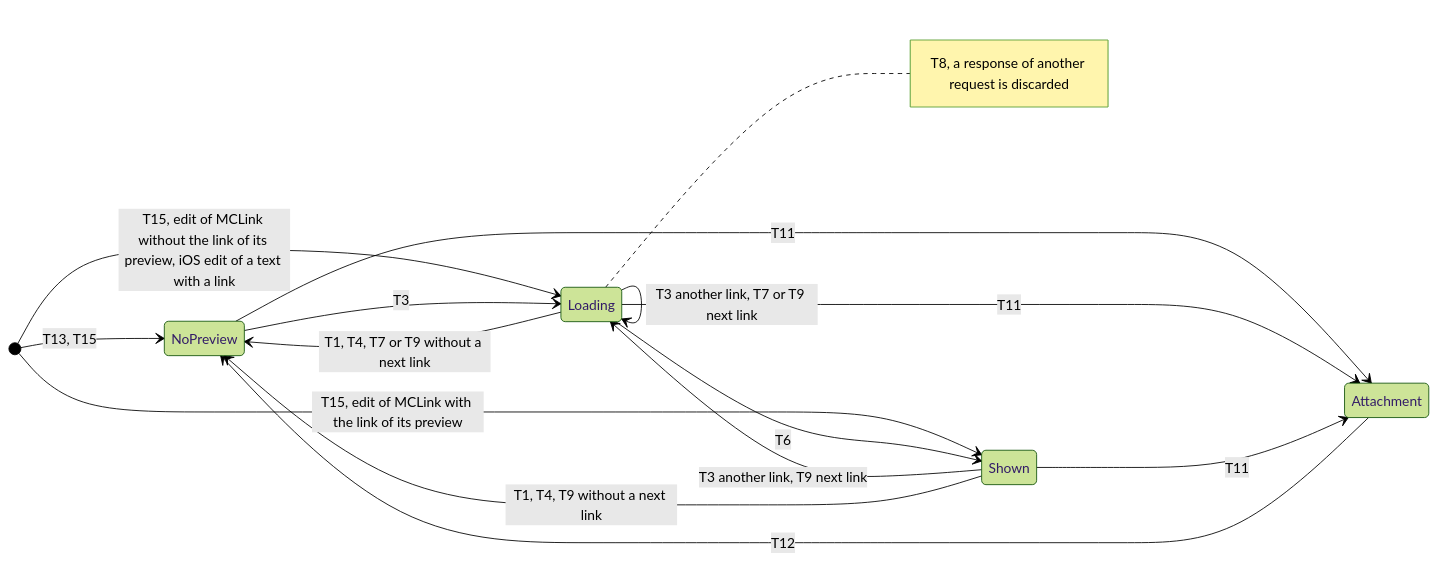
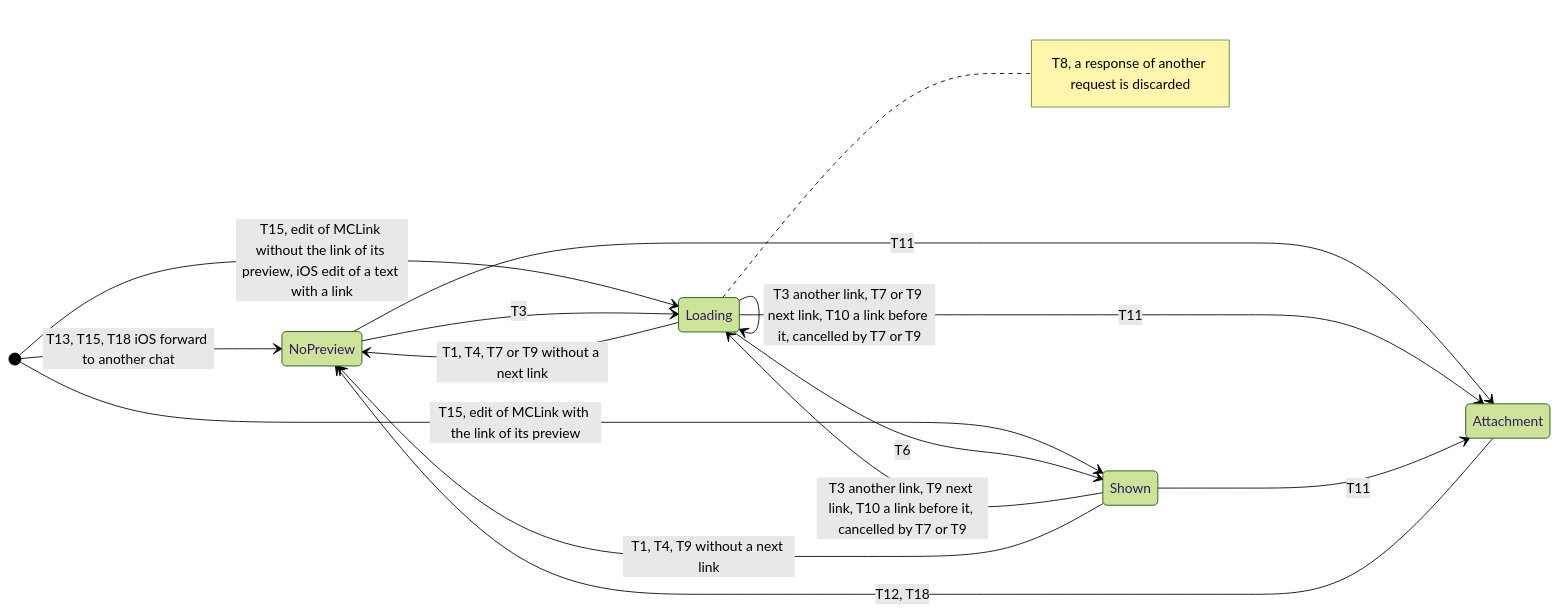
The sixth of 9 diagrams in plans/2026-11-21-link-previews-core.md (simplex-chat/simplex-chat), drawn with Mermaid (forest theme) before and after one commit. The commit also changed other lines of this file, not shown here.

Commit message:
docs: plan link previews of edits after a chat switch and of forwards

````diff
--- a/plans/2026-11-21-link-previews-core.md
+++ b/plans/2026-11-21-link-previews-core.md
@@ -610,20 +617,20 @@
 ```mermaid
 stateDiagram-v2
   direction LR
-  [*] --> NoPreview: T13, T15
+  [*] --> NoPreview: T13, T15, T18 iOS forward to another chat
   [*] --> Shown: T15, edit of MCLink with the link of its preview
   [*] --> Loading: T15, edit of MCLink without the link of its preview, iOS edit of a text with a link
   NoPreview --> Loading: T3
-  Loading --> Loading: T3 another link, T7 or T9 next link
-  Shown --> Loading: T3 another link, T9 next link
+  Loading --> Loading: T3 another link, T7 or T9 next link, T10 a link before it, cancelled by T7 or T9
+  Shown --> Loading: T3 another link, T9 next link, T10 a link before it, cancelled by T7 or T9
   Loading --> Shown: T6
   Loading --> NoPreview: T1, T4, T7 or T9 without a next link
   Shown --> NoPreview: T1, T4, T9 without a next link
   NoPreview --> Attachment: T11
   Loading --> Attachment: T11
   Shown --> Attachment: T11
-  Attachment --> NoPreview: T12
+  Attachment --> NoPreview: T12, T18
   note right of Loading
     T8, a response of another request is discarded
   end note
 ```
````
